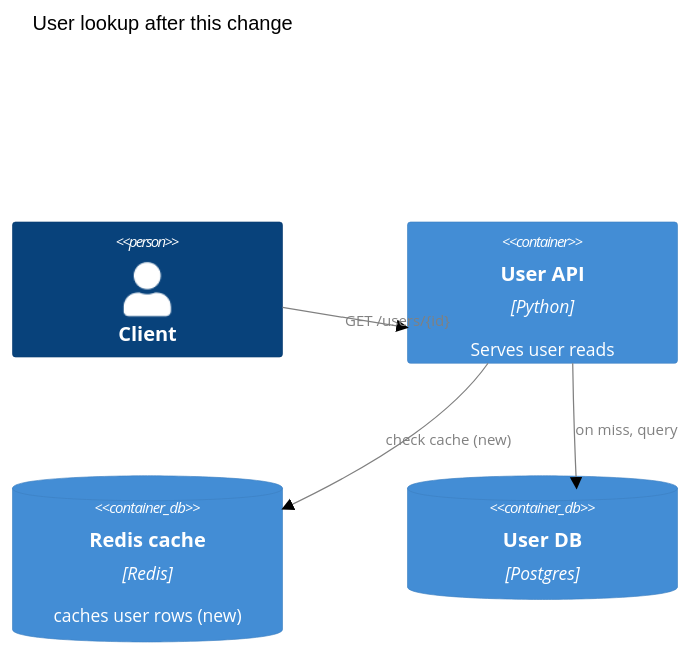
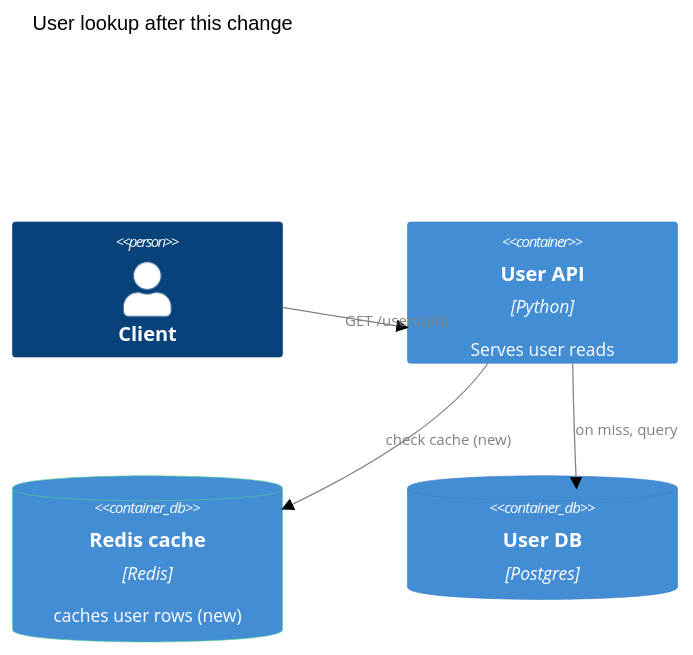
The diagram in docs/how-to/generate-a-change-diagram.md (MattJColes/lgtmaybe), drawn with Mermaid (forest theme) before and after one commit. The commit also changed other lines of this file and 4 other files, not shown here.

First line of the commit message:
feat(diagram): green-border changed elements in C4 change diagrams

````diff
--- a/docs/how-to/generate-a-change-diagram.md
+++ b/docs/how-to/generate-a-change-diagram.md
@@ -44,15 +45,16 @@
 ```mermaid
 C4Container
     title User lookup after this change
     Person(client, "Client")
     Container(api, "User API", "Python", "Serves user reads")
     ContainerDb(cache, "Redis cache", "Redis", "caches user rows (new)")
     ContainerDb(db, "User DB", "Postgres")
     Rel(client, api, "GET /users/{id}")
     Rel(api, cache, "check cache (new)")
     Rel(api, db, "on miss, query")
     UpdateRelStyle(client, api, $textColor="#808080", $lineColor="#808080")
     UpdateRelStyle(api, cache, $textColor="#808080", $lineColor="#808080")
     UpdateRelStyle(api, db, $textColor="#808080", $lineColor="#808080")
+    UpdateElementStyle(cache, $borderColor="#54d090")
     UpdateLayoutConfig($c4ShapeInRow="3", $c4BoundaryInRow="1")
 ```
````
